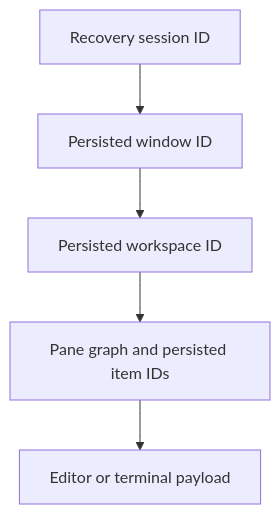
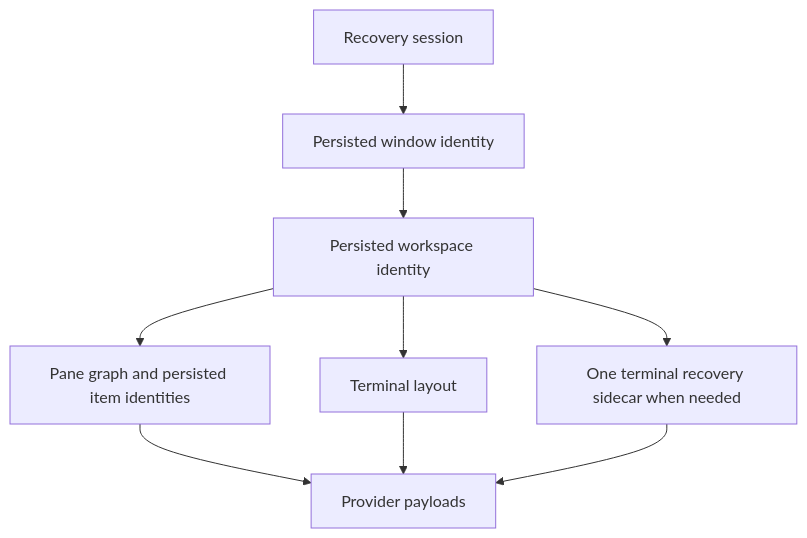
One commit to zed-industries/zed changed the diagram in serialization-audit.md. Above: the diagram before and after it, drawn with Mermaid. The commit also changed other lines of this file, not shown here.

````diff
--- a/serialization-audit.md
+++ b/serialization-audit.md
@@ -17,7 +19,11 @@
 ```mermaid
 flowchart TD
-    Session[Recovery session ID] --> Window[Persisted window ID]
-    Window --> Workspace[Persisted workspace ID]
-    Workspace --> Graph[Pane graph and persisted item IDs]
-    Graph --> Payload[Editor or terminal payload]
+    Session[Recovery session] --> Window[Persisted window identity]
+    Window --> Workspace[Persisted workspace identity]
+    Workspace --> Graph[Pane graph and persisted item identities]
+    Graph --> Payload[Provider payloads]
+    Workspace --> TerminalGraph[Terminal layout]
+    TerminalGraph --> Payload
+    Workspace --> RecoveryGraph[One terminal recovery sidecar when needed]
+    RecoveryGraph --> Payload
 ```
````
